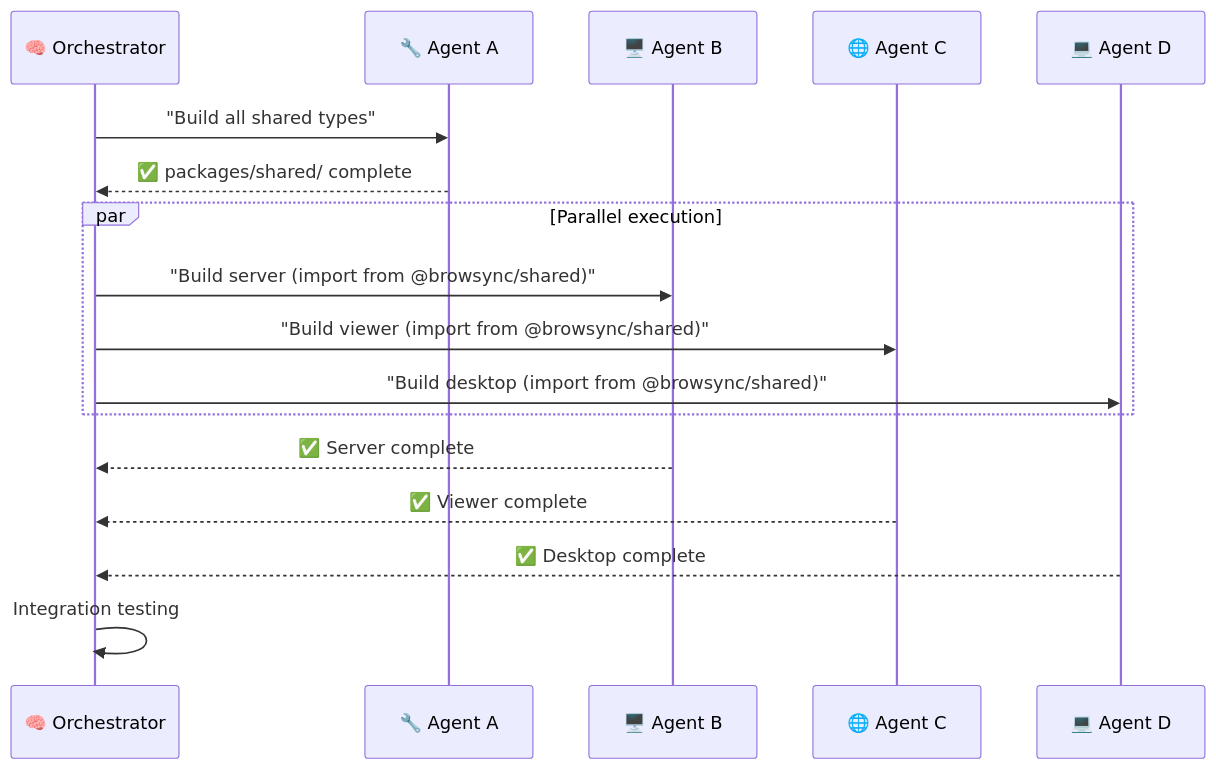
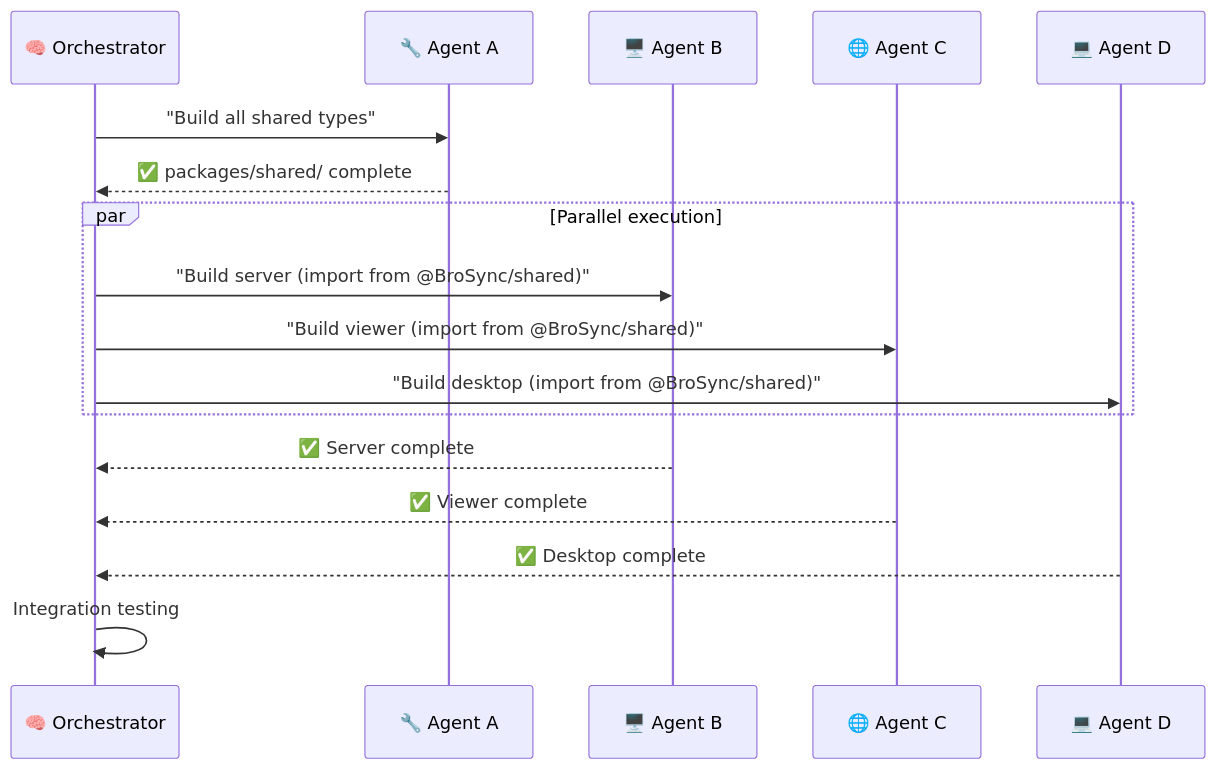
The fourth of 4 diagrams in docs/07_Multi_Agent_Development_Workflow.md (mohammedsuhail0/seamless), drawn with Mermaid before and after one commit. The commit also changed other lines of this file and 100 other files, not shown here.

Commit message:
feat(core): harden security, rebrand to BroSync, add Capacitor Android APK & WebRTC multi-tier fallback

````diff
--- a/docs/07_Multi_Agent_Development_Workflow.md
+++ b/docs/07_Multi_Agent_Development_Workflow.md
@@ -397,23 +397,23 @@
 ```mermaid
 sequenceDiagram
     participant O as 🧠 Orchestrator
     participant A as 🔧 Agent A
     participant B as 🖥️ Agent B
     participant C as 🌐 Agent C
     participant D as 💻 Agent D
 
     O->>A: "Build all shared types"
     A-->>O: ✅ packages/shared/ complete
     
     par Parallel execution
-        O->>B: "Build server (import from @browsync/shared)"
-        O->>C: "Build viewer (import from @browsync/shared)"
-        O->>D: "Build desktop (import from @browsync/shared)"
+        O->>B: "Build server (import from @BroSync/shared)"
+        O->>C: "Build viewer (import from @BroSync/shared)"
+        O->>D: "Build desktop (import from @BroSync/shared)"
     end
 
     B-->>O: ✅ Server complete
     C-->>O: ✅ Viewer complete
     D-->>O: ✅ Desktop complete
 
     O->>O: Integration testing
 ```
````
